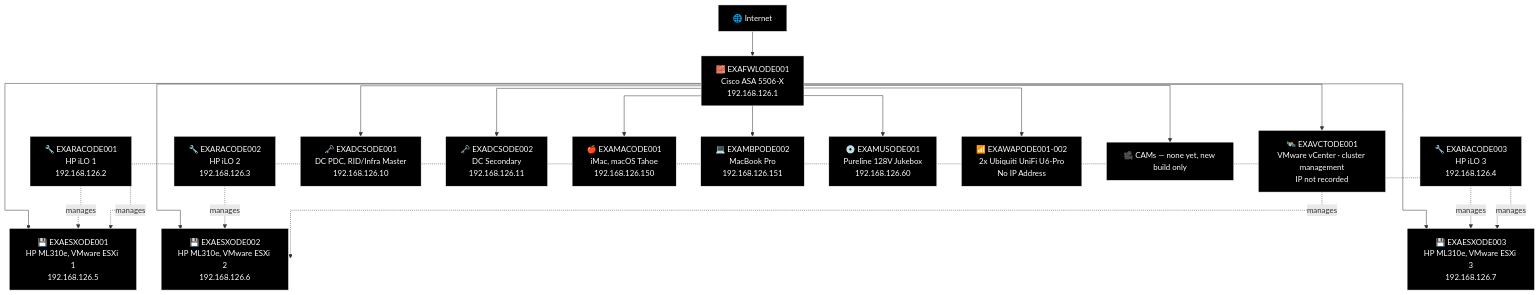
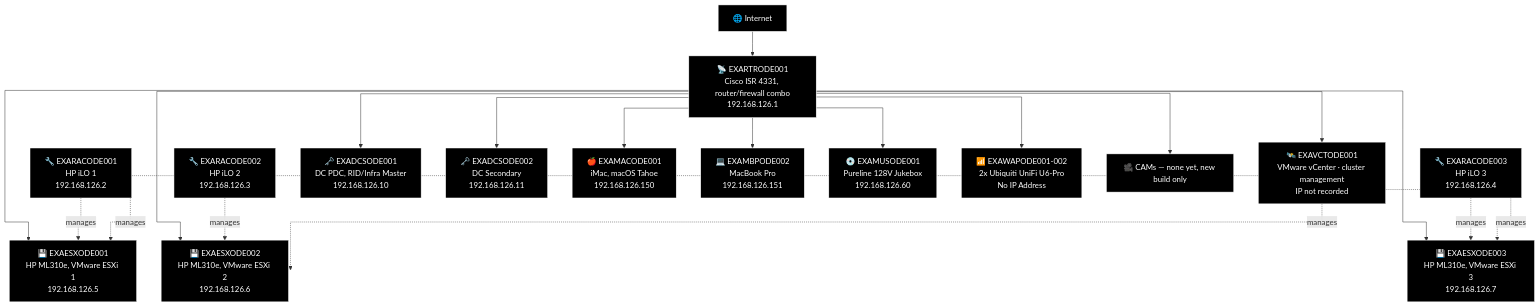
The fourth of 23 diagrams in docs/network-diagram/danmark.md (knightmare2600/example_music_infra), drawn with Mermaid before and after one commit. The commit also changed other lines of this file and 7 other files, not shown here.

````diff
--- a/docs/network-diagram/danmark.md
+++ b/docs/network-diagram/danmark.md
@@ -169,58 +169,58 @@
 ```mermaid
 %%{init: {'flowchart': {'curve': 'stepAfter'}}}%%
 graph TD
     O_INET["🌐 Internet"]
-    O_FWL["🧱 EXAFWLODE001<br/>Cisco ASA 5506-X<br/>192.168.126.1"]
-    O_INET --> O_FWL
+    O_RTR["📡 EXARTRODE001<br/>Cisco ISR 4331, router/firewall combo<br/>192.168.126.1"]
+    O_INET --> O_RTR
 
     O_ILO1["🔧 EXARACODE001<br/>HP iLO 1<br/>192.168.126.2"]
     O_ILO2["🔧 EXARACODE002<br/>HP iLO 2<br/>192.168.126.3"]
     O_ILO3["🔧 EXARACODE003<br/>HP iLO 3<br/>192.168.126.4"]
     O_ESX1["💾 EXAESXODE001<br/>HP ML310e, VMware ESXi 1<br/>192.168.126.5"]
     O_ESX2["💾 EXAESXODE002<br/>HP ML310e, VMware ESXi 2<br/>192.168.126.6"]
     O_ESX3["💾 EXAESXODE003<br/>HP ML310e, VMware ESXi 3<br/>192.168.126.7"]
     O_VCT["🛰️ EXAVCTODE001<br/>VMware vCenter · cluster management<br/>IP not recorded"]
-    O_FWL --> O_ESX1
-    O_FWL --> O_ESX2
-    O_FWL --> O_ESX3
-    O_FWL --> O_VCT
+    O_RTR --> O_ESX1
+    O_RTR --> O_ESX2
+    O_RTR --> O_ESX3
+    O_RTR --> O_VCT
     O_ILO1 -.->|"manages"| O_ESX1
     O_ILO2 -.->|"manages"| O_ESX2
     O_ILO3 -.->|"manages"| O_ESX3
     O_VCT -.->|"manages"| O_ESX1
     O_VCT -.->|"manages"| O_ESX2
     O_VCT -.->|"manages"| O_ESX3
 
     O_DC1["🗝️ EXADCSODE001<br/>DC PDC, RID/Infra Master<br/>192.168.126.10"]
     O_DC2["🗝️ EXADCSODE002<br/>DC Secondary<br/>192.168.126.11"]
-    O_FWL --> O_DC1
-    O_FWL --> O_DC2
+    O_RTR --> O_DC1
+    O_RTR --> O_DC2
 
     O_MAC["🍎 EXAMACODE001<br/>iMac, macOS Tahoe<br/>192.168.126.150"]
     O_MBP["💻 EXAMBPODE002<br/>MacBook Pro<br/>192.168.126.151"]
     O_JKB["💿 EXAMUSODE001<br/>Pureline 128V Jukebox<br/>192.168.126.60"]
     O_WAP["📶 EXAWAPODE001-002<br/>2x Ubiquiti UniFi U6-Pro<br/>No IP Address"]
     O_CAM["🎥 CAMs — none yet, new build only"]
-    O_FWL --> O_MAC
-    O_FWL --> O_MBP
-    O_FWL --> O_JKB
-    O_FWL --> O_WAP
-    O_FWL --> O_CAM
+    O_RTR --> O_MAC
+    O_RTR --> O_MBP
+    O_RTR --> O_JKB
+    O_RTR --> O_WAP
+    O_RTR --> O_CAM
 
     style O_INET fill:#000000,stroke:#FFFFFF,color:#FFFFFF
-    style O_FWL fill:#000000,stroke:#FFFFFF,color:#FFFFFF
+    style O_RTR fill:#000000,stroke:#FFFFFF,color:#FFFFFF
     style O_ILO1 fill:#000000,stroke:#FFFFFF,color:#FFFFFF
     style O_ILO2 fill:#000000,stroke:#FFFFFF,color:#FFFFFF
     style O_ILO3 fill:#000000,stroke:#FFFFFF,color:#FFFFFF
     style O_ESX1 fill:#000000,stroke:#FFFFFF,color:#FFFFFF
     style O_ESX2 fill:#000000,stroke:#FFFFFF,color:#FFFFFF
     style O_ESX3 fill:#000000,stroke:#FFFFFF,color:#FFFFFF
     style O_VCT fill:#000000,stroke:#FFFFFF,color:#FFFFFF
     style O_DC1 fill:#000000,stroke:#FFFFFF,color:#FFFFFF
     style O_DC2 fill:#000000,stroke:#FFFFFF,color:#FFFFFF
     style O_MAC fill:#000000,stroke:#FFFFFF,color:#FFFFFF
     style O_MBP fill:#000000,stroke:#FFFFFF,color:#FFFFFF
     style O_JKB fill:#000000,stroke:#FFFFFF,color:#FFFFFF
     style O_WAP fill:#000000,stroke:#FFFFFF,color:#FFFFFF
     style O_CAM fill:#000000,stroke:#FFFFFF,color:#FFFFFF
 ```
````
